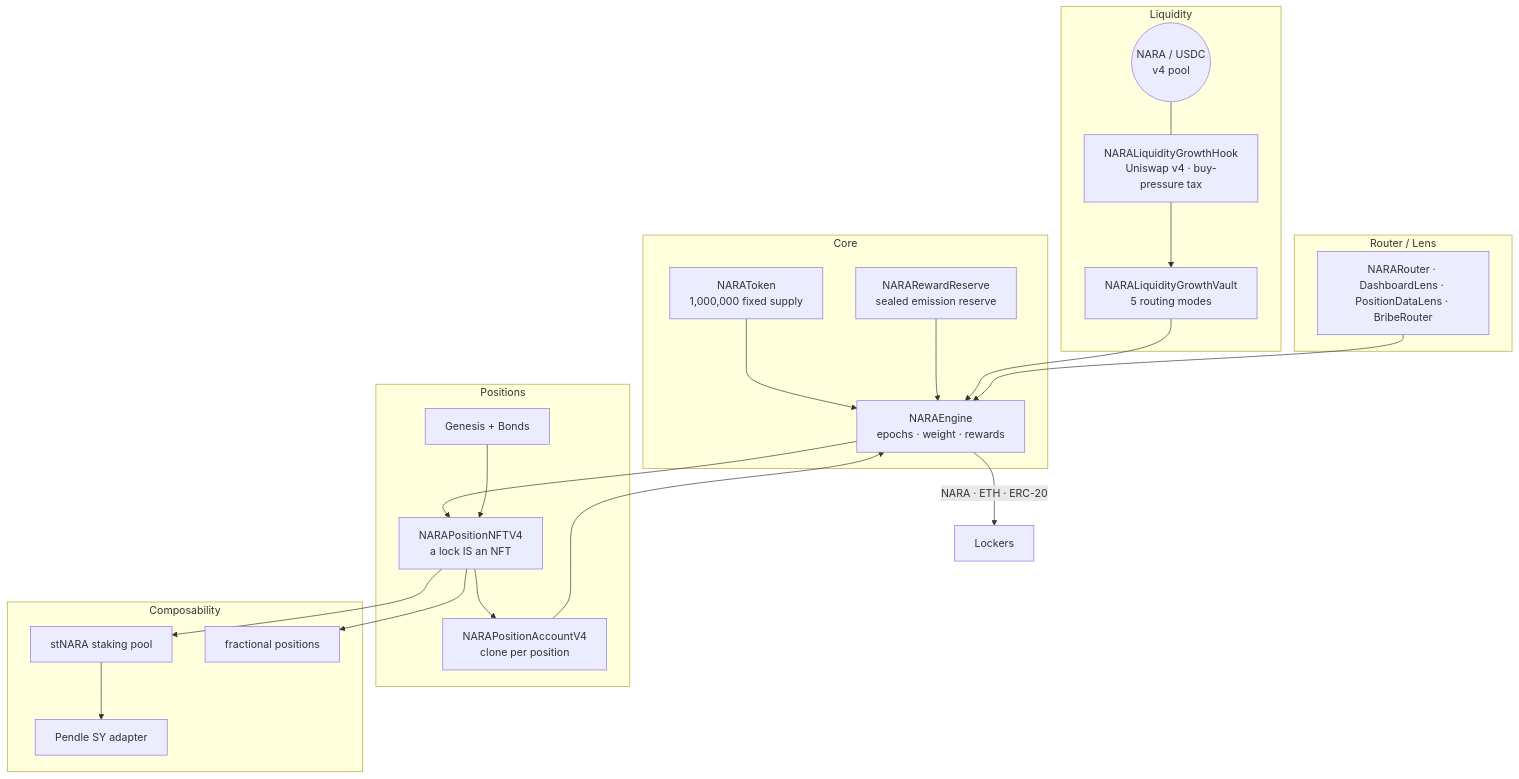
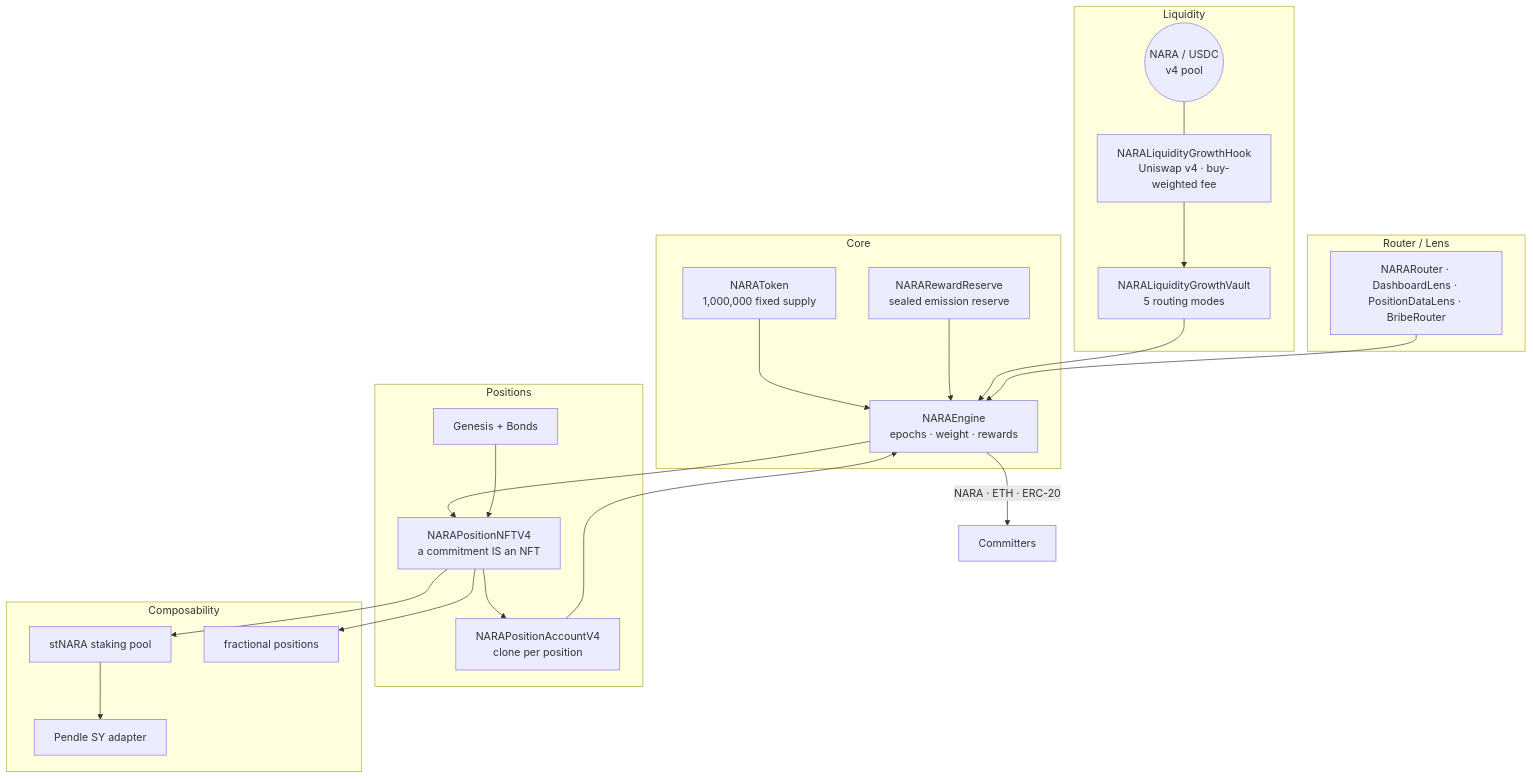
One commit to NARAProtocol/nara_protocol_v4 changed the diagram in README.md. Above: the diagram before and after it, drawn with Mermaid. The commit also changed other lines of this file, not shown here.

First line of the commit message:
docs: align README voice with the commitment brand

````diff
--- a/README.md
+++ b/README.md
@@ -76,36 +76,36 @@
 ```mermaid
 flowchart TD
     subgraph CORE[Core]
       T[NARAToken<br/>1,000,000 fixed supply]
       E[NARAEngine<br/>epochs · weight · rewards]
       R[NARARewardReserve<br/>sealed emission reserve]
     end
     subgraph LIQ[Liquidity]
-      H[NARALiquidityGrowthHook<br/>Uniswap v4 · buy-pressure tax]
+      H[NARALiquidityGrowthHook<br/>Uniswap v4 · buy-weighted fee]
       V[NARALiquidityGrowthVault<br/>5 routing modes]
       P((NARA / USDC<br/>v4 pool))
     end
     subgraph POS[Positions]
-      NFT[NARAPositionNFTV4<br/>a lock IS an NFT]
+      NFT[NARAPositionNFTV4<br/>a commitment IS an NFT]
       ACC[NARAPositionAccountV4<br/>clone per position]
       G[Genesis + Bonds]
     end
     subgraph CMP[Composability]
       ST[stNARA staking pool]
       SY[Pendle SY adapter]
       FR[fractional positions]
     end
     subgraph RTR[Router / Lens]
       RT[NARARouter · DashboardLens · PositionDataLens · BribeRouter]
     end
 
     T --> E
     R --> E
     P --- H --> V --> E
     E --> NFT --> ACC --> E
     G --> NFT
     NFT --> ST --> SY
     NFT --> FR
     RT --> E
-    E -->|NARA · ETH · ERC-20| U[Lockers]
+    E -->|NARA · ETH · ERC-20| U[Committers]
 ```
````
